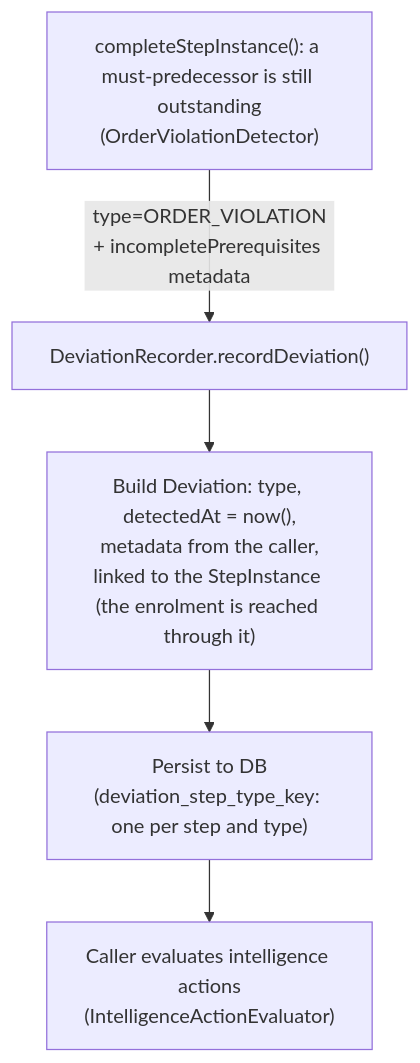
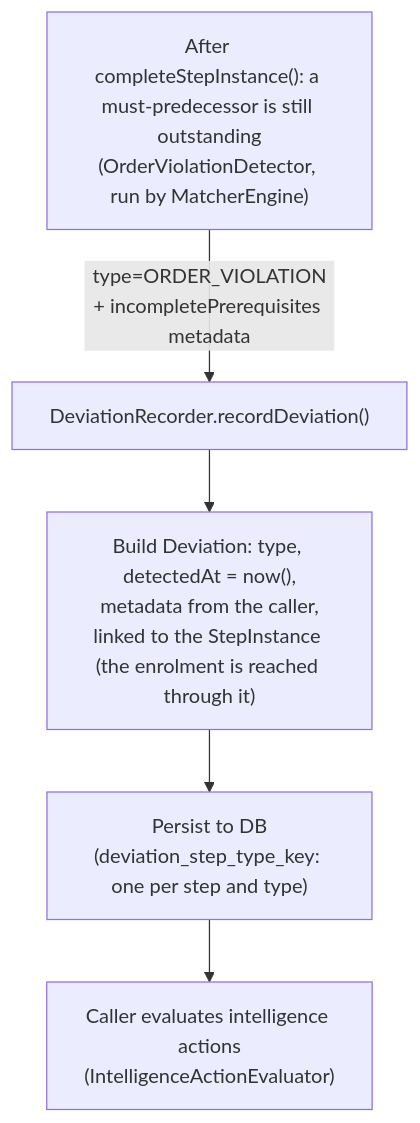
The fifth of 11 diagrams in docs/flow-diagrams.md (Jayaprakash8887/cce-matcher-service), drawn with Mermaid before and after one commit. The commit also changed other lines of this file and 14 other files, not shown here.

First line of the commit message:
CCE-135: keep step completion to recording it; MatcherEngine runs what follows

````diff
--- a/docs/flow-diagrams.md
+++ b/docs/flow-diagrams.md
@@ -305,10 +309,10 @@
 ```mermaid
 flowchart TD
-    T2["completeStepInstance(): a must-predecessor is still outstanding<br/>(OrderViolationDetector)"]
+    T2["After completeStepInstance(): a must-predecessor is still outstanding<br/>(OrderViolationDetector, run by MatcherEngine)"]
     T2 -->|"type=ORDER_VIOLATION<br/>+ incompletePrerequisites metadata"| RD
 
     RD["DeviationRecorder.recordDeviation()"]
     RD --> D1["Build Deviation: type, detectedAt = now(),<br/>metadata from the caller,<br/>linked to the StepInstance (the enrolment is reached through it)"]
     D1 --> D6["Persist to DB<br/>(deviation_step_type_key: one per step and type)"]
     D6 --> D8["Caller evaluates intelligence actions<br/>(IntelligenceActionEvaluator)"]
 ```
````
